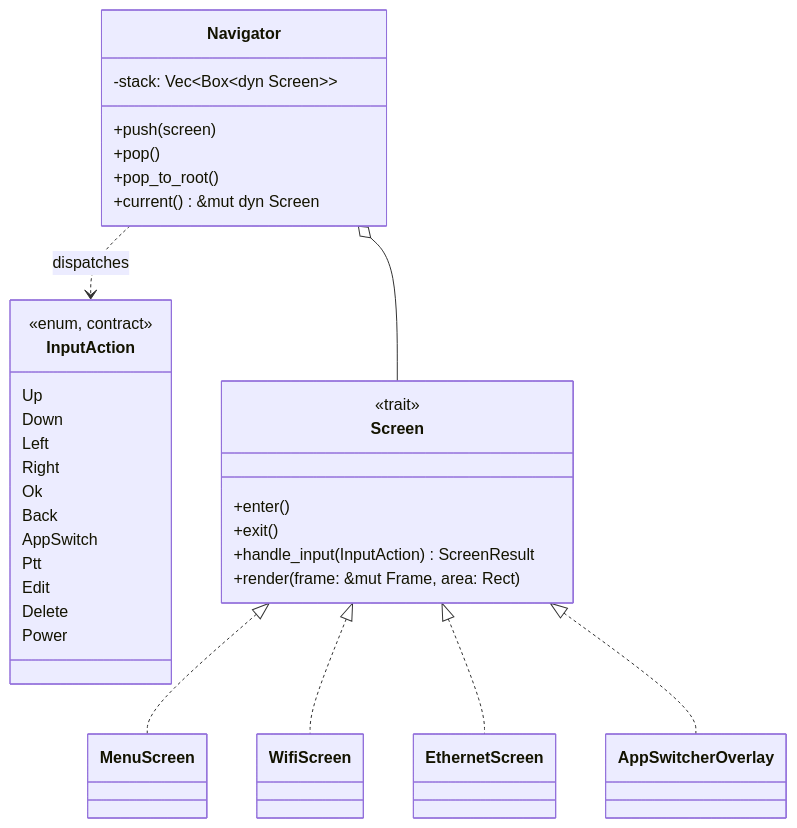
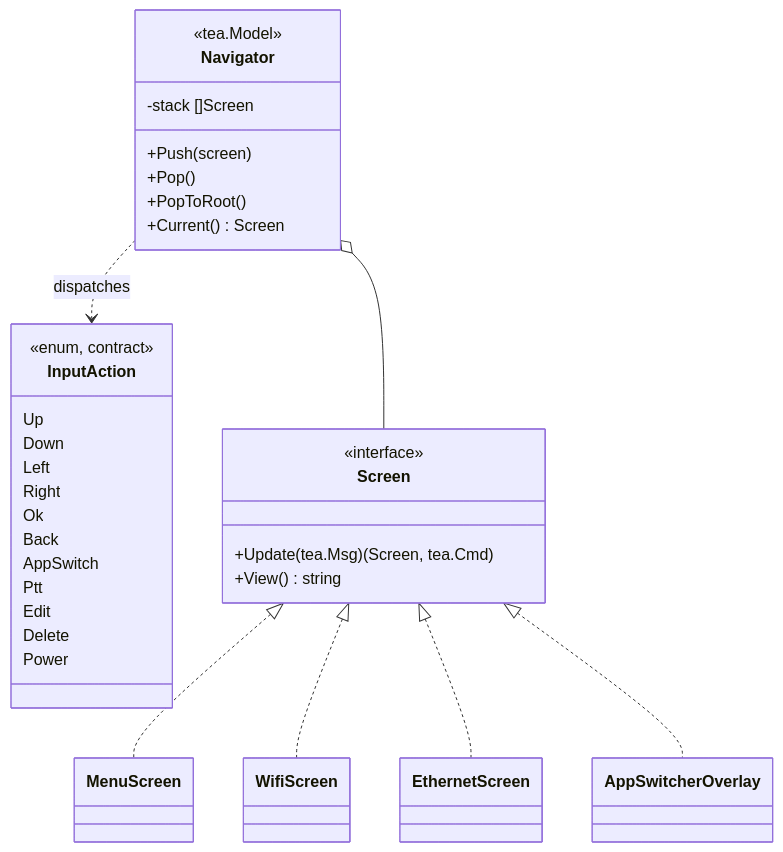
Before and after one commit to Atarity/flipctl: the third of 5 diagrams in frontend.md, drawn with Mermaid. The commit also changed other lines of this file and 3 other files, not shown here.

````diff
--- a/frontend.md
+++ b/frontend.md
@@ -212,42 +214,41 @@
 ```mermaid
 classDiagram
     class InputAction {
         <<enum, contract>>
         Up
         Down
         Left
         Right
         Ok
         Back
         AppSwitch
         Ptt
         Edit
         Delete
         Power
     }
     class Screen {
-        <<trait>>
-        +enter()
-        +exit()
-        +handle_input(InputAction) ScreenResult
-        +render(frame: &mut Frame, area: Rect)
+        <<interface>>
+        +Update(tea.Msg) (Screen, tea.Cmd)
+        +View() string
     }
     class Navigator {
-        -stack: Vec~Box~dyn Screen~~
-        +push(screen)
-        +pop()
-        +pop_to_root()
-        +current() &mut dyn Screen
+        <<tea.Model>>
+        -stack []Screen
+        +Push(screen)
+        +Pop()
+        +PopToRoot()
+        +Current() Screen
     }
     class MenuScreen
     class WifiScreen
     class EthernetScreen
     class AppSwitcherOverlay
 
     Screen <|.. MenuScreen
     Screen <|.. WifiScreen
     Screen <|.. EthernetScreen
     Screen <|.. AppSwitcherOverlay
     Navigator o-- Screen
     Navigator ..> InputAction : dispatches
 ```
````
